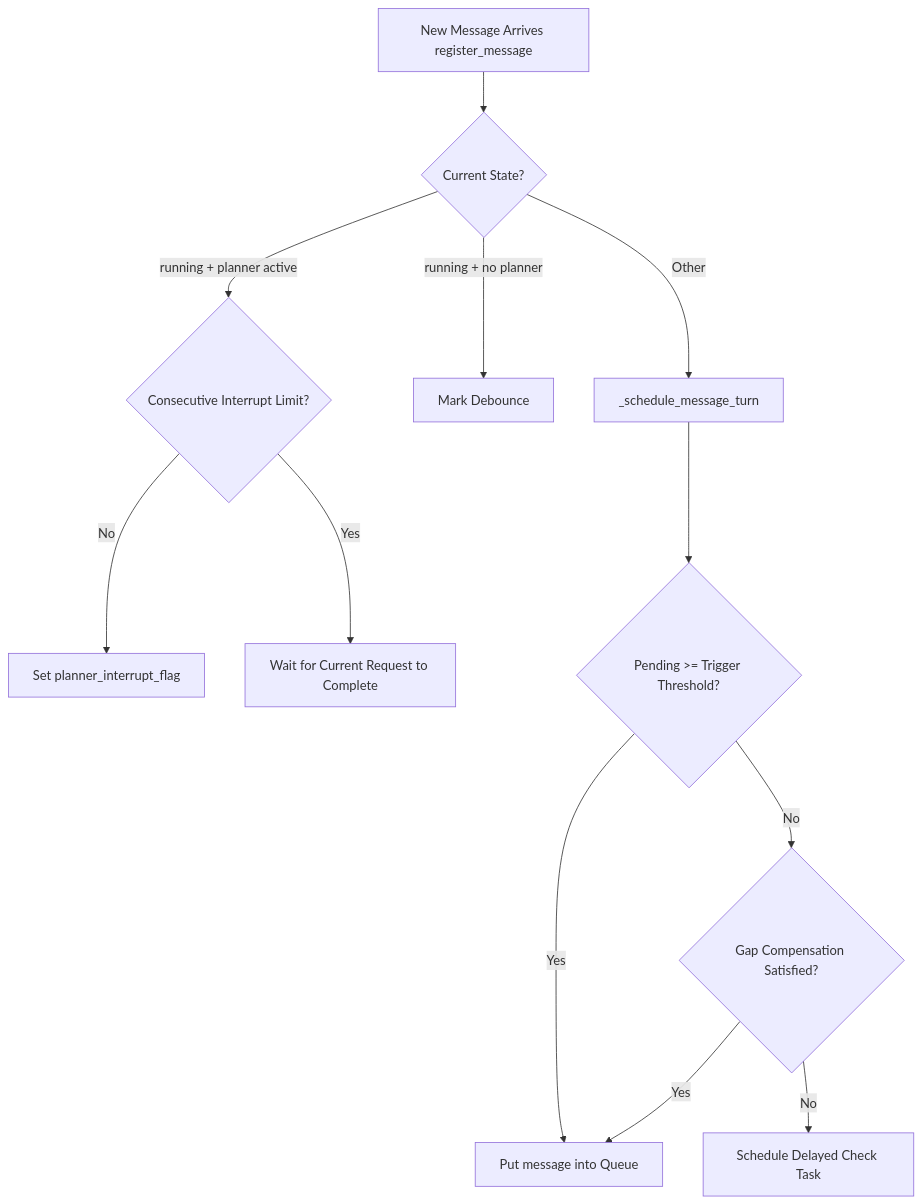
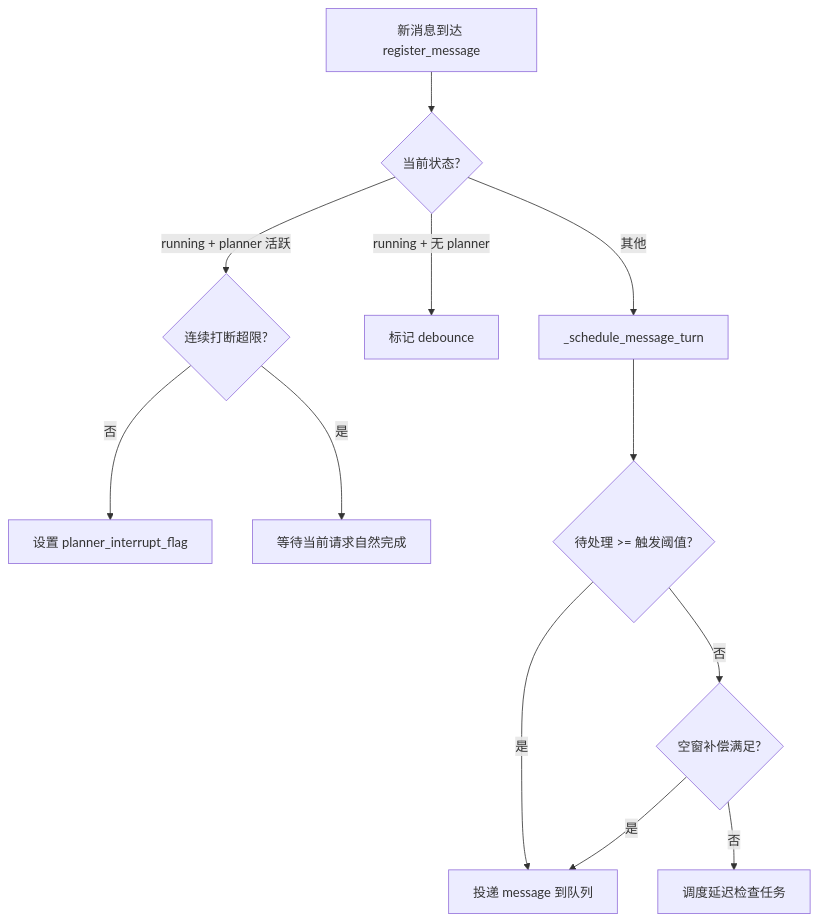
The third of 9 diagrams in en/develop/architecture/maisaka-reasoning.md (DrSmoothl/docs), drawn with Mermaid before and after one commit. The commit also changed other lines of this file and 50 other files, not shown here.

````diff
--- a/en/develop/architecture/maisaka-reasoning.md
+++ b/en/develop/architecture/maisaka-reasoning.md
@@ -83,14 +81,14 @@
 ```mermaid
 flowchart TD
-    A[New Message Arrives register_message] --> B{Current State?}
-    B -->|running + planner active| C{Consecutive Interrupt Limit?}
-    C -->|No| D["Set planner_interrupt_flag"]
-    C -->|Yes| E[Wait for Current Request to Complete]
-    B -->|running + no planner| F[Mark Debounce]
-    B -->|Other| G[_schedule_message_turn]
-    G --> H{Pending >= Trigger Threshold?}
-    H -->|Yes| I[Put message into Queue]
-    H -->|No| J{Gap Compensation Satisfied?}
-    J -->|Yes| I
-    J -->|No| K[Schedule Delayed Check Task]
+    A[新消息到达 register_message] --> B{当前状态?}
+    B -->|running + planner 活跃| C{连续打断超限?}
+    C -->|否| D["设置 planner_interrupt_flag"]
+    C -->|是| E[等待当前请求自然完成]
+    B -->|running + 无 planner| F[标记 debounce]
+    B -->|其他| G[_schedule_message_turn]
+    G --> H{待处理 >= 触发阈值?}
+    H -->|是| I[投递 message 到队列]
+    H -->|否| J{空窗补偿满足?}
+    J -->|是| I
+    J -->|否| K[调度延迟检查任务]
 ```
````
